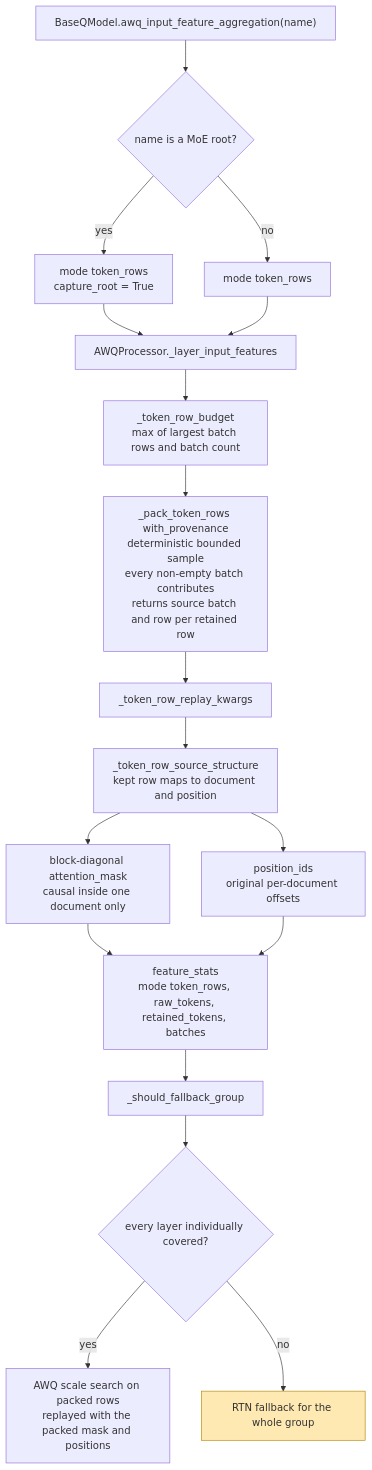
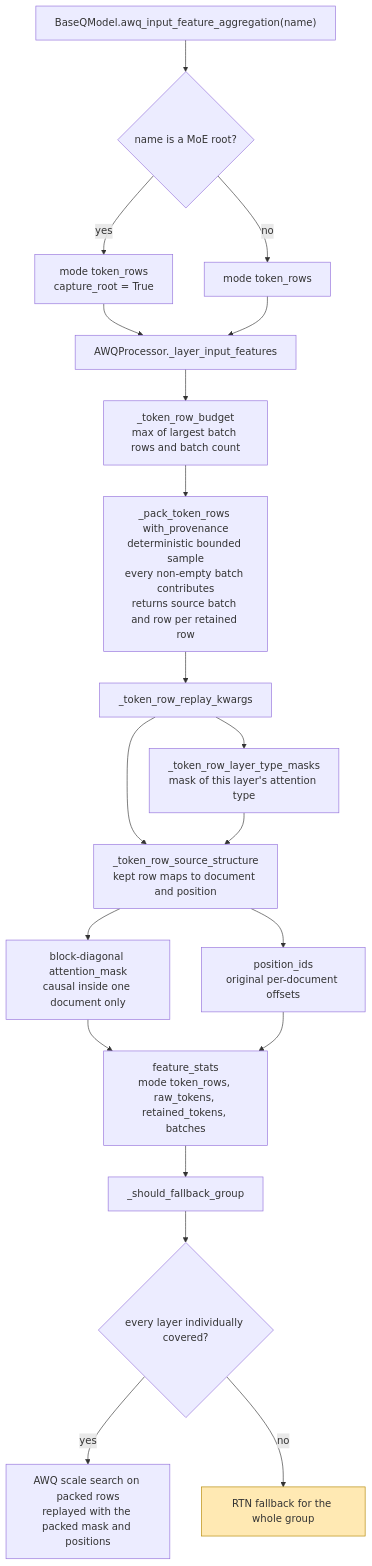
Before and after one commit to ModelCloud/GPTQModel: the second of 4 diagrams in docs/awq-calibration-aggregation.md, drawn with Mermaid. The commit also changed other lines of this file and 5 other files, not shown here.

First line of the commit message:
fix(awq): use the layer's attention type, real rotary positions and explicit fallbacks (#4176)

````diff
--- a/docs/awq-calibration-aggregation.md
+++ b/docs/awq-calibration-aggregation.md
@@ -43,21 +43,23 @@
 ```mermaid
 flowchart TD
     A["BaseQModel.awq_input_feature_aggregation(name)"] --> B{"name is a MoE root?"}
     B -- yes --> C["mode token_rows<br/>capture_root = True"]
     B -- no --> D["mode token_rows"]
     C --> E["AWQProcessor._layer_input_features"]
     D --> E
     E --> F["_token_row_budget<br/>max of largest batch rows and batch count"]
     F --> G["_pack_token_rows with_provenance<br/>deterministic bounded sample<br/>every non-empty batch contributes<br/>returns source batch and row per retained row"]
     G --> H["_token_row_replay_kwargs"]
     H --> H1["_token_row_source_structure<br/>kept row maps to document and position"]
+    H --> H0["_token_row_layer_type_masks<br/>mask of this layer's attention type"]
+    H0 --> H1
     H1 --> H2["block-diagonal attention_mask<br/>causal inside one document only"]
     H1 --> H3["position_ids<br/>original per-document offsets"]
     H2 --> I["feature_stats<br/>mode token_rows, raw_tokens, retained_tokens, batches"]
     H3 --> I
     I --> J["_should_fallback_group"]
     J --> K{"every layer individually covered?"}
     K -- yes --> L["AWQ scale search on packed rows<br/>replayed with the packed mask and positions"]
     K -- no --> M["RTN fallback for the whole group"]
     style M fill:#ffe9b3,stroke:#b38600
 ```
````
